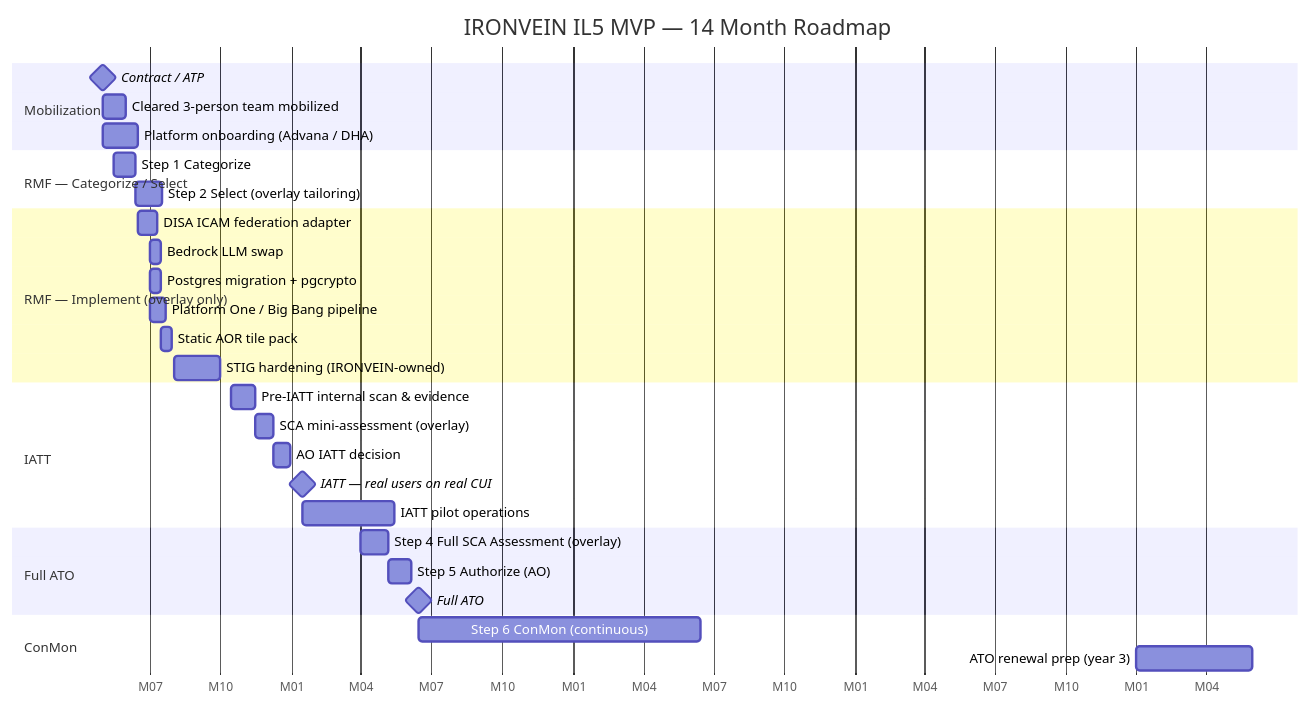
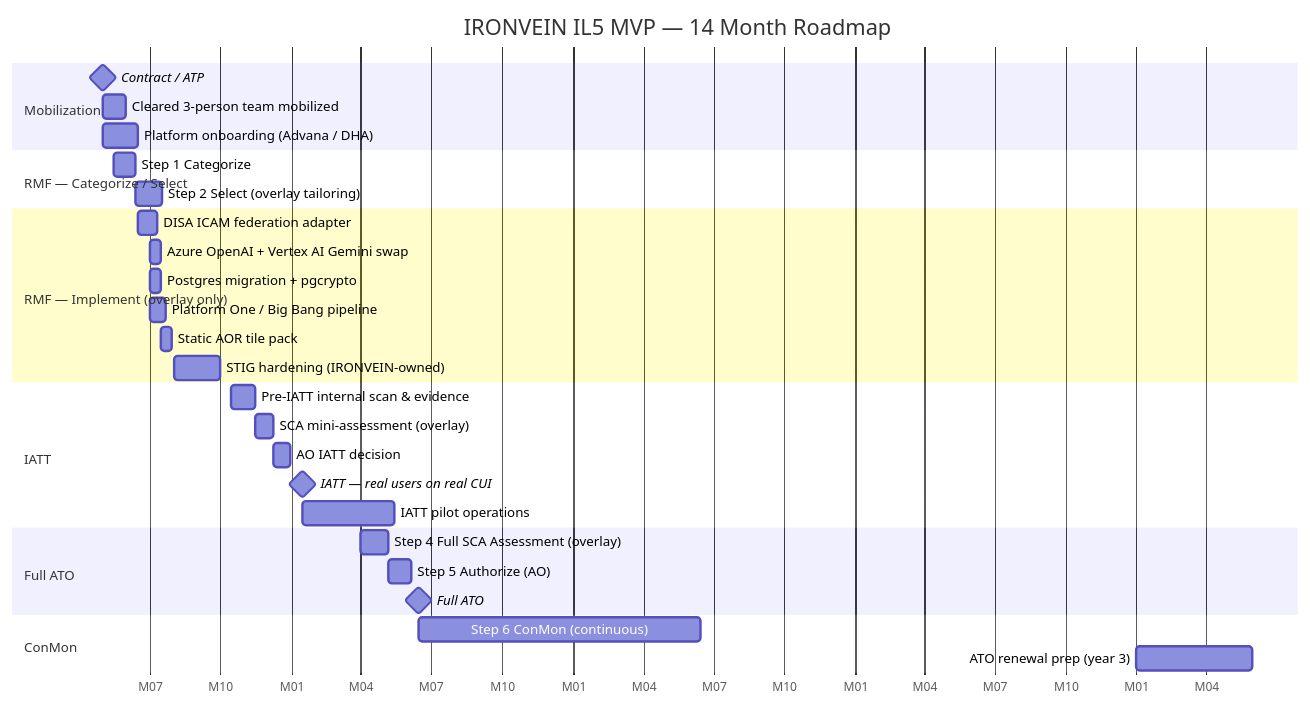
One commit to DHA-CDAO-API/DHA-IRON-VEIN changed the diagram in docs/il5-deployment-impact-analysis.md. Above: the diagram before and after it, drawn with Mermaid. The commit also changed other lines of this file, not shown here.

First line of the commit message:
docs(il5): drop Claude/Anthropic/Bedrock; use OpenAI + Google Gemini only

````diff
--- a/docs/il5-deployment-impact-analysis.md
+++ b/docs/il5-deployment-impact-analysis.md
@@ -314,33 +319,33 @@
 ```mermaid
 gantt
     title IRONVEIN IL5 MVP — 14 Month Roadmap
     dateFormat  YYYY-MM-DD
     axisFormat  M%m
     section Mobilization
     Contract / ATP                       :milestone, m1, 2026-05-01, 0d
     Cleared 3-person team mobilized      :a1, 2026-05-01, 30d
     Platform onboarding (Advana / DHA)   :a2, 2026-05-01, 45d
     section RMF — Categorize / Select
     Step 1 Categorize                    :b1, 2026-05-15, 28d
     Step 2 Select (overlay tailoring)    :b2, after b1, 35d
     section RMF — Implement (overlay only)
     DISA ICAM federation adapter         :c1, 2026-06-15, 25d
-    Bedrock LLM swap                     :c2, 2026-07-01, 14d
+    Azure OpenAI + Vertex AI Gemini swap :c2, 2026-07-01, 14d
     Postgres migration + pgcrypto        :c3, 2026-07-01, 14d
     Platform One / Big Bang pipeline     :c4, 2026-07-01, 21d
     Static AOR tile pack                 :c5, 2026-07-15, 14d
     STIG hardening (IRONVEIN-owned)      :c6, 2026-08-01, 60d
     section IATT
     Pre-IATT internal scan & evidence    :d1, 2026-10-15, 30d
     SCA mini-assessment (overlay)        :d2, after d1, 25d
     AO IATT decision                     :d3, after d2, 21d
     IATT — real users on real CUI        :milestone, d4, 2027-01-15, 0d
     IATT pilot operations                :d5, 2027-01-15, 120d
     section Full ATO
     Step 4 Full SCA Assessment (overlay) :e1, 2027-04-01, 35d
     Step 5 Authorize (AO)                :e2, after e1, 30d
     Full ATO                             :milestone, e3, 2027-06-15, 0d
     section ConMon
     Step 6 ConMon (continuous)           :f1, 2027-06-15, 365d
     ATO renewal prep (year 3)            :f2, 2030-01-01, 150d
 ```
````
